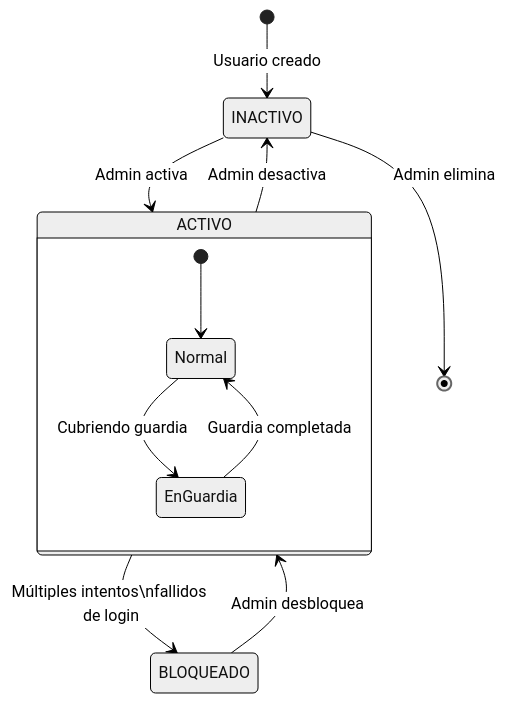
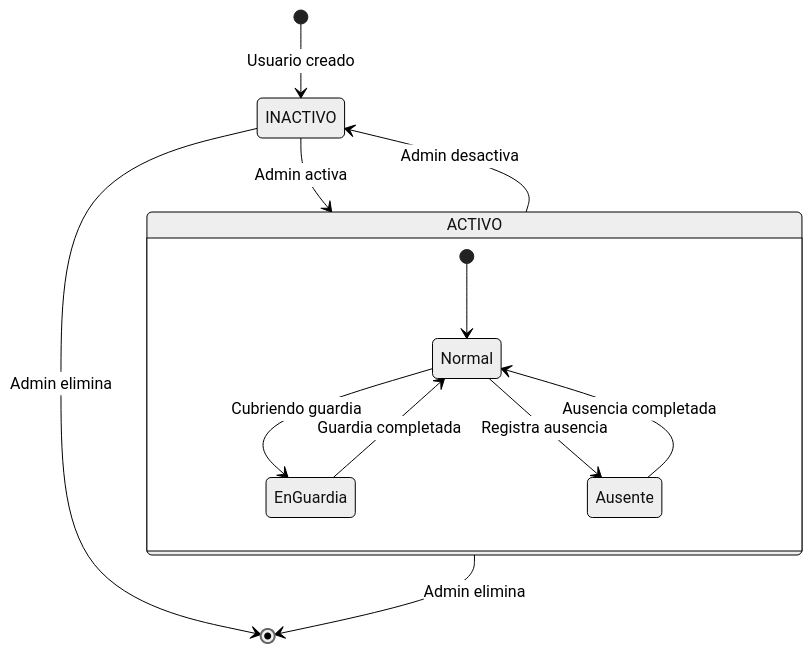
Before and after one commit to RGiskard7/gestion-guardias: the third of 4 diagrams in doc/DIAGRAMAS-ESTADOS.md, drawn with Mermaid (neutral theme). The commit also changed other lines of this file and 5 other files, not shown here.

First line of the commit message:
docs: actualizar documentación técnica y diagramas

````diff
--- a/doc/DIAGRAMAS-ESTADOS.md
+++ b/doc/DIAGRAMAS-ESTADOS.md
@@ -55,15 +92,16 @@
 ```mermaid
 stateDiagram-v2
     [*] --> INACTIVO: Usuario creado
     INACTIVO --> ACTIVO: Admin activa
     ACTIVO --> INACTIVO: Admin desactiva
-    ACTIVO --> BLOQUEADO: Múltiples intentos\nfallidos de login
-    BLOQUEADO --> ACTIVO: Admin desbloquea
+    ACTIVO --> [*]: Admin elimina
     INACTIVO --> [*]: Admin elimina
     
     state ACTIVO {
         [*] --> Normal
         Normal --> EnGuardia: Cubriendo guardia
         EnGuardia --> Normal: Guardia completada
+        Normal --> Ausente: Registra ausencia
+        Ausente --> Normal: Ausencia completada
     }
 ```
````
